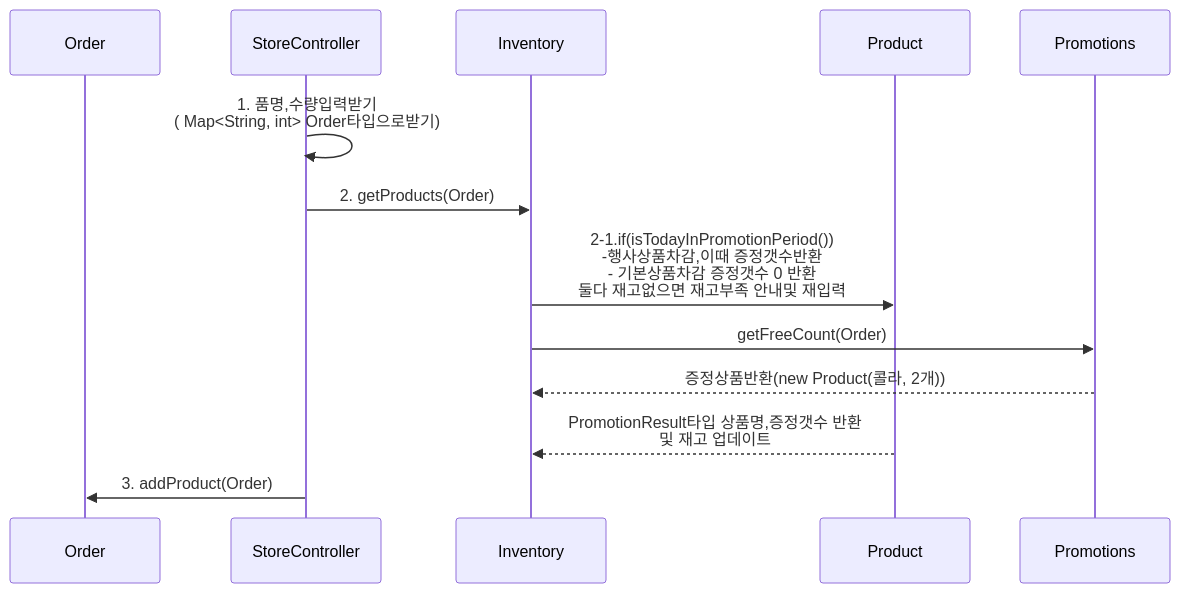
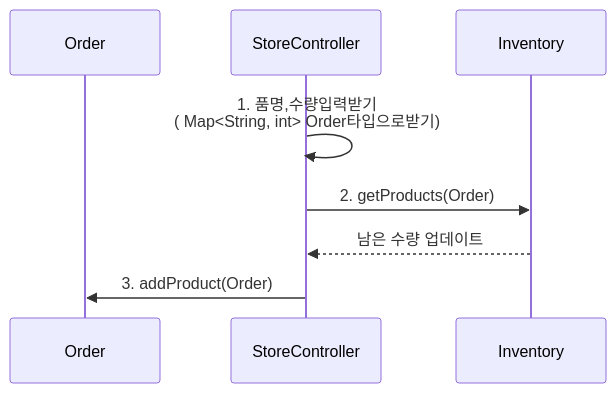
Before and after one commit to hjlim456/java-convenience-store-7-hjlim456: the diagram in README.md, drawn with Mermaid. The commit also changed other lines of this file, not shown here.

````diff
--- a/README.md
+++ b/README.md
@@ -137,21 +105,17 @@
 ```mermaid
 
 sequenceDiagram
     participant O as Order
     participant C as StoreController
     participant I as Inventory
-    participant prd as Product
-    participant prm as Promotions
 
     C ->> C: 1. 품명,수량입력받기<br>( Map<String, int> Order타입으로받기)
     C ->> I: 2. getProducts(Order)
-    I ->> prd: 2-1.if(isTodayInPromotionPeriod())<br> -행사상품차감,이때 증정갯수반환<br> - 기본상품차감 증정갯수 0 반환<br>둘다 재고없으면 재고부족 안내및 재입력
-    I ->> prm: getFreeCount(Order)
-    prm -->> I: 증정상품반환(new Product(콜라, 2개))
-    prd -->> I: PromotionResult타입 상품명,증정갯수 반환<br> 및 재고 업데이트
-    
+    I -->> C: 남은 수량 업데이트
+
+
 
     C ->> O: 3. addProduct(Order)
 
 
 ```
````
